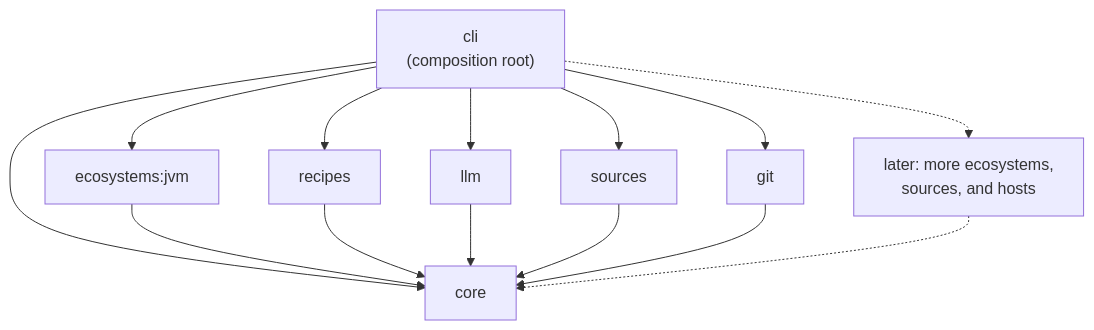
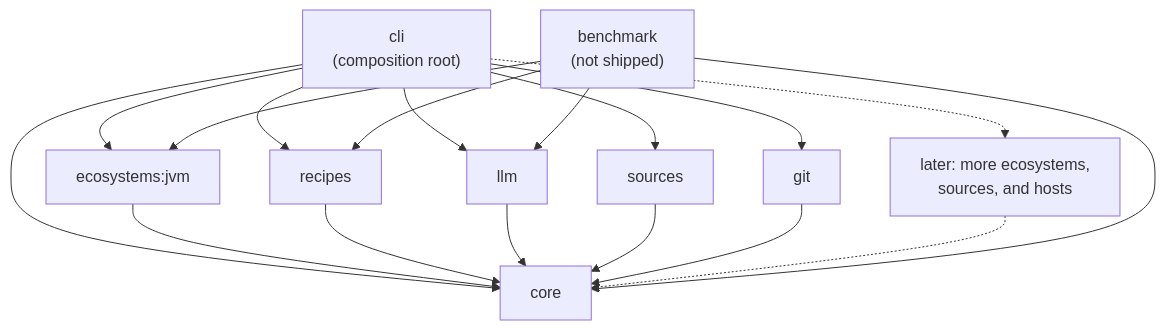
Before and after one commit to danvan86/lector-ai: the second of 6 diagrams in docs/architecture/project-skeleton.md, drawn with Mermaid. The commit also changed other lines of this file and 6 other files, not shown here.

First line of the commit message:
docs(architecture): the benchmark, and the fix loop's requests that fit

````diff
--- a/docs/architecture/project-skeleton.md
+++ b/docs/architecture/project-skeleton.md
@@ -50,16 +51,20 @@
 ```mermaid
 flowchart TB
     cli["cli<br/>(composition root)"] --> core
     jvm["ecosystems:jvm"] --> core
     cli --> jvm
     recipes --> core
     cli --> recipes
     llm --> core
     cli --> llm
     sources --> core
     cli --> sources
     git --> core
     cli --> git
     later["later: more ecosystems,<br/>sources, and hosts"] -.-> core
     cli -.-> later
+    bench["benchmark<br/>(not shipped)"] --> core
+    bench --> jvm
+    bench --> recipes
+    bench --> llm
 ```
````
